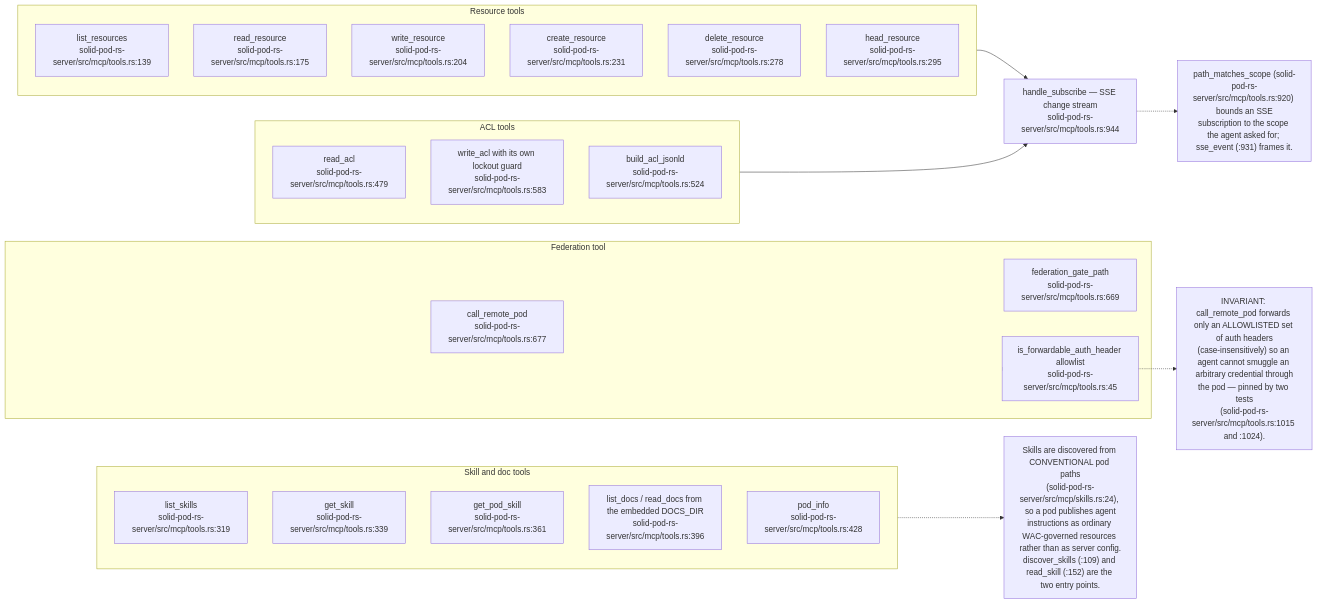
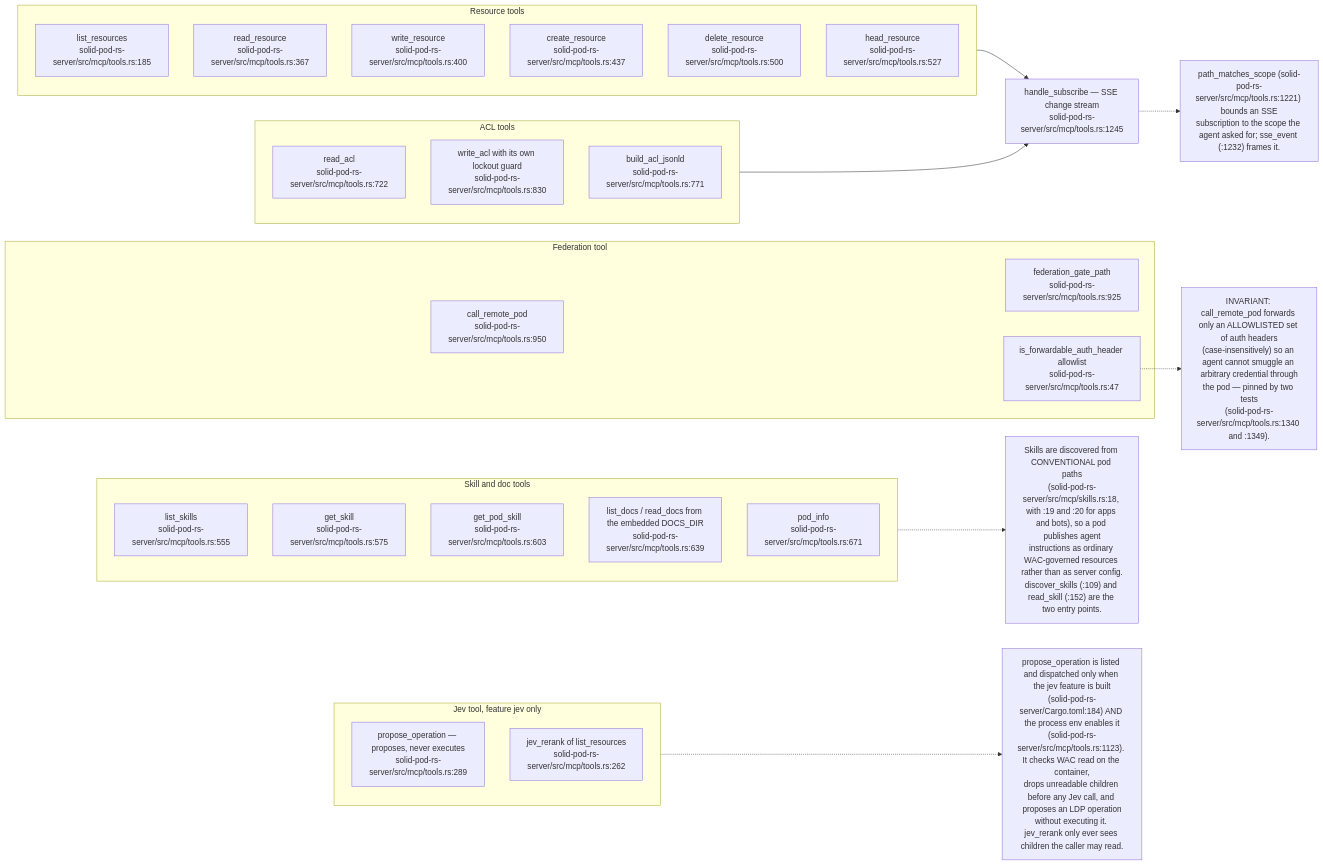
One commit to DreamLab-AI/VisionFlow changed diagram 14 of 17 in docs/diagrams/solid-pod-rs/08-federation-notifications-forge-mcp.md. Above: the diagram before and after it, drawn with Mermaid. The commit also changed other lines of this file and 160 other files, not shown here.

````diff
--- a/docs/diagrams/solid-pod-rs/08-federation-notifications-forge-mcp.md
+++ b/docs/diagrams/solid-pod-rs/08-federation-notifications-forge-mcp.md
@@ -425,41 +435,47 @@
 ```mermaid
 flowchart LR
     subgraph RES["Resource tools"]
-        LR2["list_resources<br/>solid-pod-rs-server/src/mcp/tools.rs:139"]
-        RR["read_resource<br/>solid-pod-rs-server/src/mcp/tools.rs:175"]
-        WR["write_resource<br/>solid-pod-rs-server/src/mcp/tools.rs:204"]
-        CR["create_resource<br/>solid-pod-rs-server/src/mcp/tools.rs:231"]
-        DR["delete_resource<br/>solid-pod-rs-server/src/mcp/tools.rs:278"]
-        HR["head_resource<br/>solid-pod-rs-server/src/mcp/tools.rs:295"]
+        LR2["list_resources<br/>solid-pod-rs-server/src/mcp/tools.rs:185"]
+        RR["read_resource<br/>solid-pod-rs-server/src/mcp/tools.rs:367"]
+        WR["write_resource<br/>solid-pod-rs-server/src/mcp/tools.rs:400"]
+        CR["create_resource<br/>solid-pod-rs-server/src/mcp/tools.rs:437"]
+        DR["delete_resource<br/>solid-pod-rs-server/src/mcp/tools.rs:500"]
+        HR["head_resource<br/>solid-pod-rs-server/src/mcp/tools.rs:527"]
     end
     subgraph ACL["ACL tools"]
-        RA["read_acl<br/>solid-pod-rs-server/src/mcp/tools.rs:479"]
-        WA["write_acl with its own lockout guard<br/>solid-pod-rs-server/src/mcp/tools.rs:583"]
-        BA["build_acl_jsonld<br/>solid-pod-rs-server/src/mcp/tools.rs:524"]
+        RA["read_acl<br/>solid-pod-rs-server/src/mcp/tools.rs:722"]
+        WA["write_acl with its own lockout guard<br/>solid-pod-rs-server/src/mcp/tools.rs:830"]
+        BA["build_acl_jsonld<br/>solid-pod-rs-server/src/mcp/tools.rs:771"]
     end
     subgraph SK["Skill and doc tools"]
-        LS["list_skills<br/>solid-pod-rs-server/src/mcp/tools.rs:319"]
-        GS["get_skill<br/>solid-pod-rs-server/src/mcp/tools.rs:339"]
-        PS["get_pod_skill<br/>solid-pod-rs-server/src/mcp/tools.rs:361"]
-        LD["list_docs / read_docs from the embedded DOCS_DIR<br/>solid-pod-rs-server/src/mcp/tools.rs:396"]
-        PI["pod_info<br/>solid-pod-rs-server/src/mcp/tools.rs:428"]
+        LS["list_skills<br/>solid-pod-rs-server/src/mcp/tools.rs:555"]
+        GS["get_skill<br/>solid-pod-rs-server/src/mcp/tools.rs:575"]
+        PS["get_pod_skill<br/>solid-pod-rs-server/src/mcp/tools.rs:603"]
+        LD["list_docs / read_docs from the embedded DOCS_DIR<br/>solid-pod-rs-server/src/mcp/tools.rs:639"]
+        PI["pod_info<br/>solid-pod-rs-server/src/mcp/tools.rs:671"]
+    end
+    subgraph JV["Jev tool, feature jev only"]
+        PO["propose_operation — proposes, never executes<br/>solid-pod-rs-server/src/mcp/tools.rs:289"]
+        JR["jev_rerank of list_resources<br/>solid-pod-rs-server/src/mcp/tools.rs:262"]
     end
     subgraph FED["Federation tool"]
-        CRP["call_remote_pod<br/>solid-pod-rs-server/src/mcp/tools.rs:677"]
-        FG["federation_gate_path<br/>solid-pod-rs-server/src/mcp/tools.rs:669"]
-        FA["is_forwardable_auth_header allowlist<br/>solid-pod-rs-server/src/mcp/tools.rs:45"]
+        CRP["call_remote_pod<br/>solid-pod-rs-server/src/mcp/tools.rs:950"]
+        FG["federation_gate_path<br/>solid-pod-rs-server/src/mcp/tools.rs:925"]
+        FA["is_forwardable_auth_header allowlist<br/>solid-pod-rs-server/src/mcp/tools.rs:47"]
     end
-    SUB["handle_subscribe — SSE change stream<br/>solid-pod-rs-server/src/mcp/tools.rs:944"]
+    SUB["handle_subscribe — SSE change stream<br/>solid-pod-rs-server/src/mcp/tools.rs:1245"]
 
     RES --> SUB
     ACL --> SUB
     FED --> FG
     FED --> FA
 
-    N["INVARIANT: call_remote_pod forwards only an ALLOWLISTED set of auth headers<br/>(case-insensitively) so an agent cannot smuggle an arbitrary credential through<br/>the pod — pinned by two tests<br/>(solid-pod-rs-server/src/mcp/tools.rs:1015 and :1024)."]
+    N["INVARIANT: call_remote_pod forwards only an ALLOWLISTED set of auth headers<br/>(case-insensitively) so an agent cannot smuggle an arbitrary credential through<br/>the pod — pinned by two tests<br/>(solid-pod-rs-server/src/mcp/tools.rs:1340 and :1349)."]
     FA -.-> N
-    N2["path_matches_scope (solid-pod-rs-server/src/mcp/tools.rs:920) bounds an SSE<br/>subscription to the scope the agent asked for; sse_event (:931) frames it."]
+    N2["path_matches_scope (solid-pod-rs-server/src/mcp/tools.rs:1221) bounds an SSE<br/>subscription to the scope the agent asked for; sse_event (:1232) frames it."]
     SUB -.-> N2
-    N3["Skills are discovered from CONVENTIONAL pod paths<br/>(solid-pod-rs-server/src/mcp/skills.rs:24), so a pod publishes agent<br/>instructions as ordinary WAC-governed resources rather than as server config.<br/>discover_skills (:109) and read_skill (:152) are the two entry points."]
+    N3["Skills are discovered from CONVENTIONAL pod paths<br/>(solid-pod-rs-server/src/mcp/skills.rs:18, with :19 and :20 for apps and bots), so a pod publishes agent<br/>instructions as ordinary WAC-governed resources rather than as server config.<br/>discover_skills (:109) and read_skill (:152) are the two entry points."]
     SK -.-> N3
+    N4["propose_operation is listed and dispatched only when the jev feature is built<br/>(solid-pod-rs-server/Cargo.toml:184) AND the process env enables it<br/>(solid-pod-rs-server/src/mcp/tools.rs:1123). It checks WAC read on the container,<br/>drops unreadable children before any Jev call, and proposes an LDP operation<br/>without executing it. jev_rerank only ever sees children the caller may read."]
+    JV -.-> N4
 ```
````
